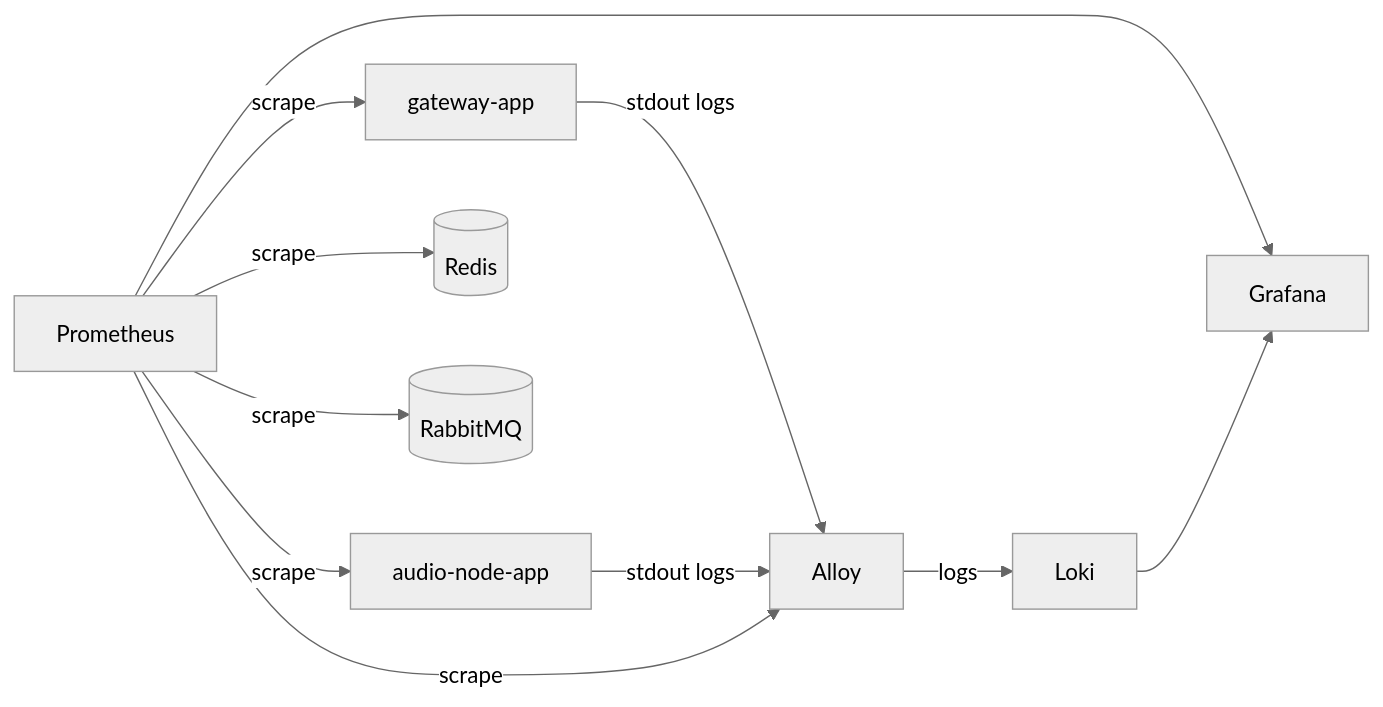
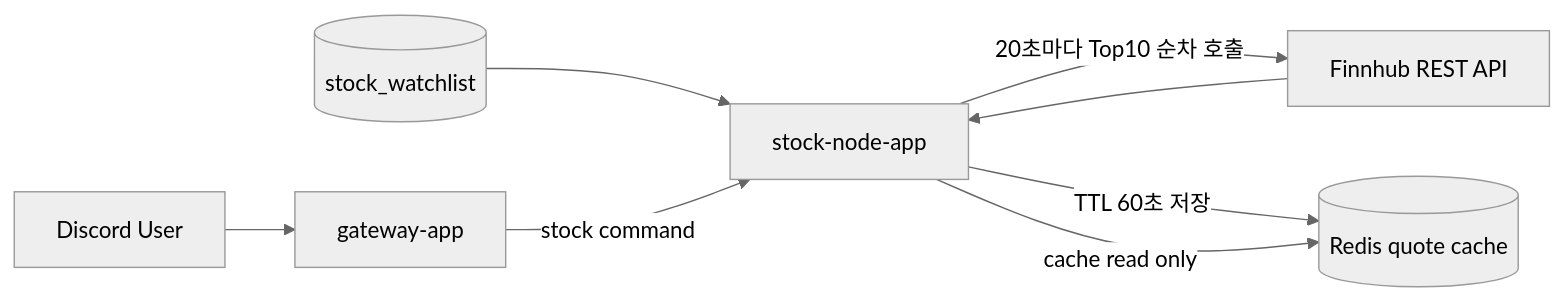
The second of 2 diagrams in docs/CURRENT_ARCHITECTURE.md (som141/dis), drawn with Mermaid (neutral theme) before and after one commit. The commit also changed other lines of this file and 16 other files, not shown here.

````diff
--- a/docs/CURRENT_ARCHITECTURE.md
+++ b/docs/CURRENT_ARCHITECTURE.md
@@ -62,24 +112,17 @@
 ```mermaid
 flowchart LR
+    W[(stock_watchlist)]
+    S[stock-node-app]
+    F[Finnhub REST API]
+    R[(Redis quote cache)]
     G[gateway-app]
-    A[audio-node-app]
-    R[(Redis)]
-    MQ[(RabbitMQ)]
-    AL[Alloy]
-    P[Prometheus]
-    L[Loki]
-    GR[Grafana]
+    U[Discord User]
 
-    G -->|stdout logs| AL
-    A -->|stdout logs| AL
-    AL -->|logs| L
-
-    P -->|scrape| G
-    P -->|scrape| A
-    P -->|scrape| R
-    P -->|scrape| MQ
-    P -->|scrape| AL
-
-    P --> GR
-    L --> GR
+    W --> S
+    S -->|20초마다 Top10 순차 호출| F
+    F --> S
+    S -->|TTL 60초 저장| R
+    U --> G
+    G -->|stock command| S
+    S -->|cache read only| R
 ```
````
